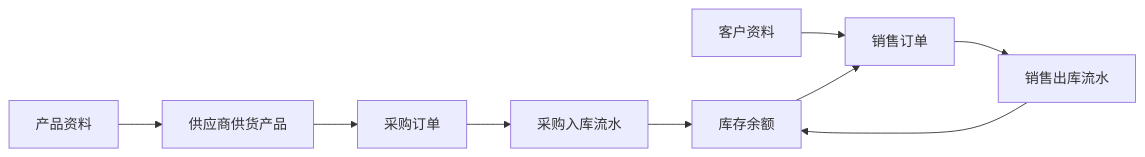
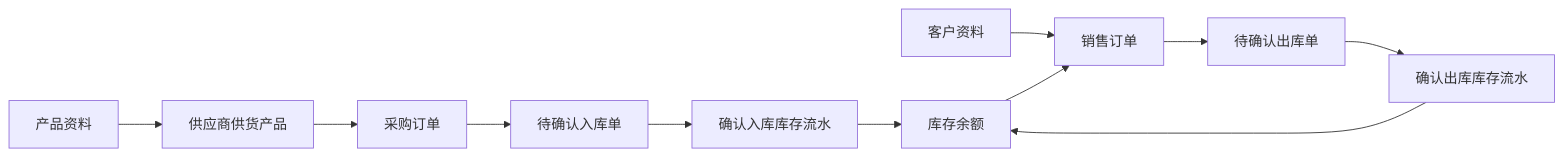
Before and after one commit to LI-S-H/qiheng-erp: the diagram in docs/project-introduction.md, drawn with Mermaid. The commit also changed other lines of this file and 74 other files, not shown here.

````diff
--- a/docs/project-introduction.md
+++ b/docs/project-introduction.md
@@ -91,11 +91,13 @@
 ```mermaid
 flowchart LR
     P["产品资料"] --> S["供应商供货产品"]
     S --> PO["采购订单"]
-    PO --> IN["采购入库流水"]
-    IN --> ST["库存余额"]
+    PO --> IN["待确认入库单"]
+    IN --> FLOW_IN["确认入库库存流水"]
+    FLOW_IN --> ST["库存余额"]
     C["客户资料"] --> SO["销售订单"]
     ST --> SO
-    SO --> OUT["销售出库流水"]
-    OUT --> ST
+    SO --> OUT["待确认出库单"]
+    OUT --> FLOW_OUT["确认出库库存流水"]
+    FLOW_OUT --> ST
 ```
````
